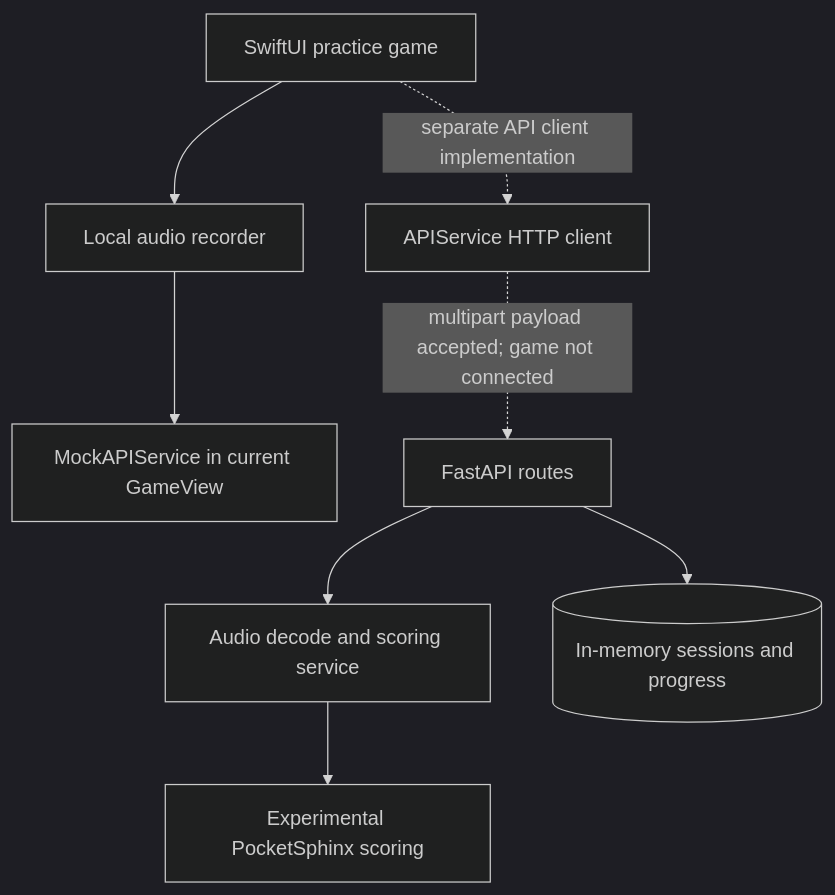
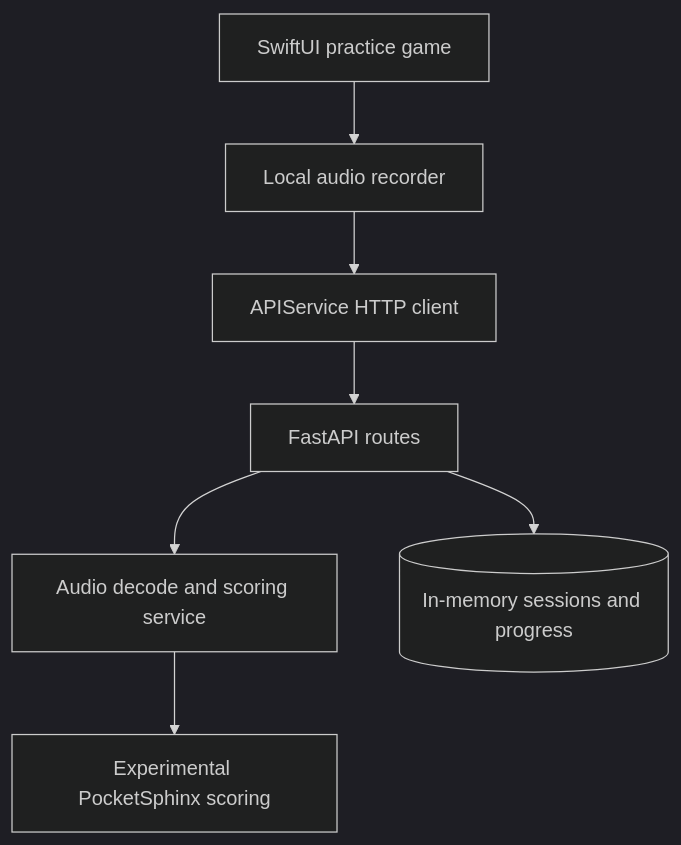
One commit to Albert-bit07/Speech-therapy-app changed the diagram in README.md. Above: the diagram before and after it, drawn with Mermaid (dark theme). The commit also changed other lines of this file and 4 other files, not shown here.

First line of the commit message:
Restore Swift game API integration and verify iOS simulator builds (#6)

````diff
--- a/README.md
+++ b/README.md
@@ -20,10 +20,9 @@
 ```mermaid
 flowchart TD
   U[SwiftUI practice game] --> R[Local audio recorder]
-  R --> M[MockAPIService in current GameView]
-  U -. separate API client implementation .-> A[APIService HTTP client]
-  A -. multipart payload accepted; game not connected .-> F[FastAPI routes]
+  R --> A[APIService HTTP client]
+  A --> F[FastAPI routes]
   F --> S[Audio decode and scoring service]
   S --> P[Experimental PocketSphinx scoring]
   F --> D[(In-memory sessions and progress)]
 ```
````
